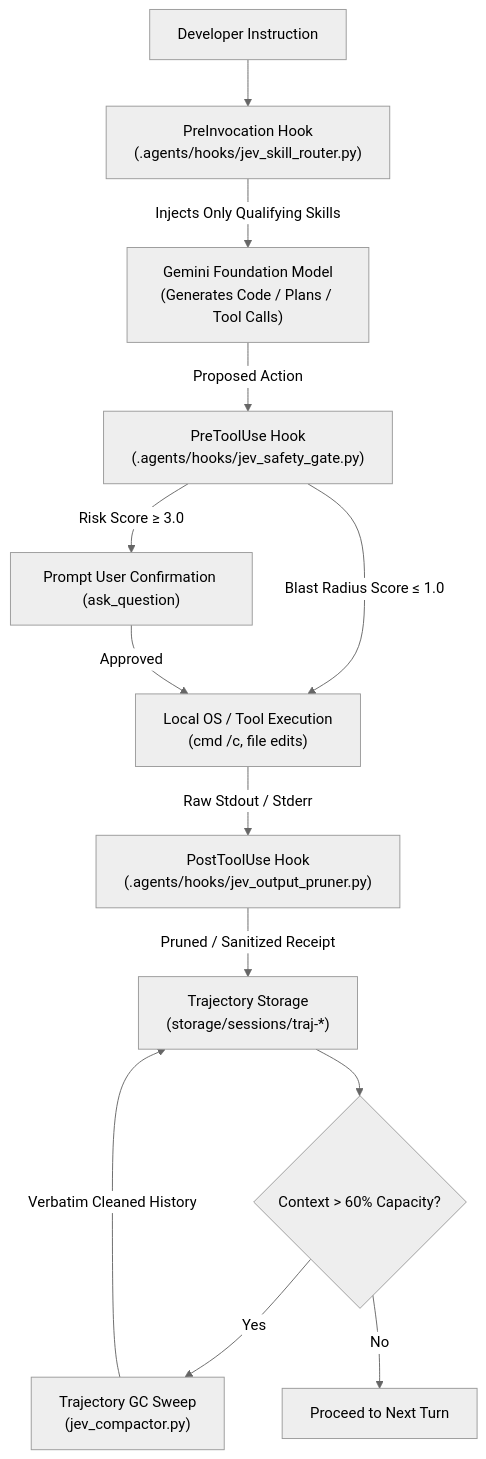
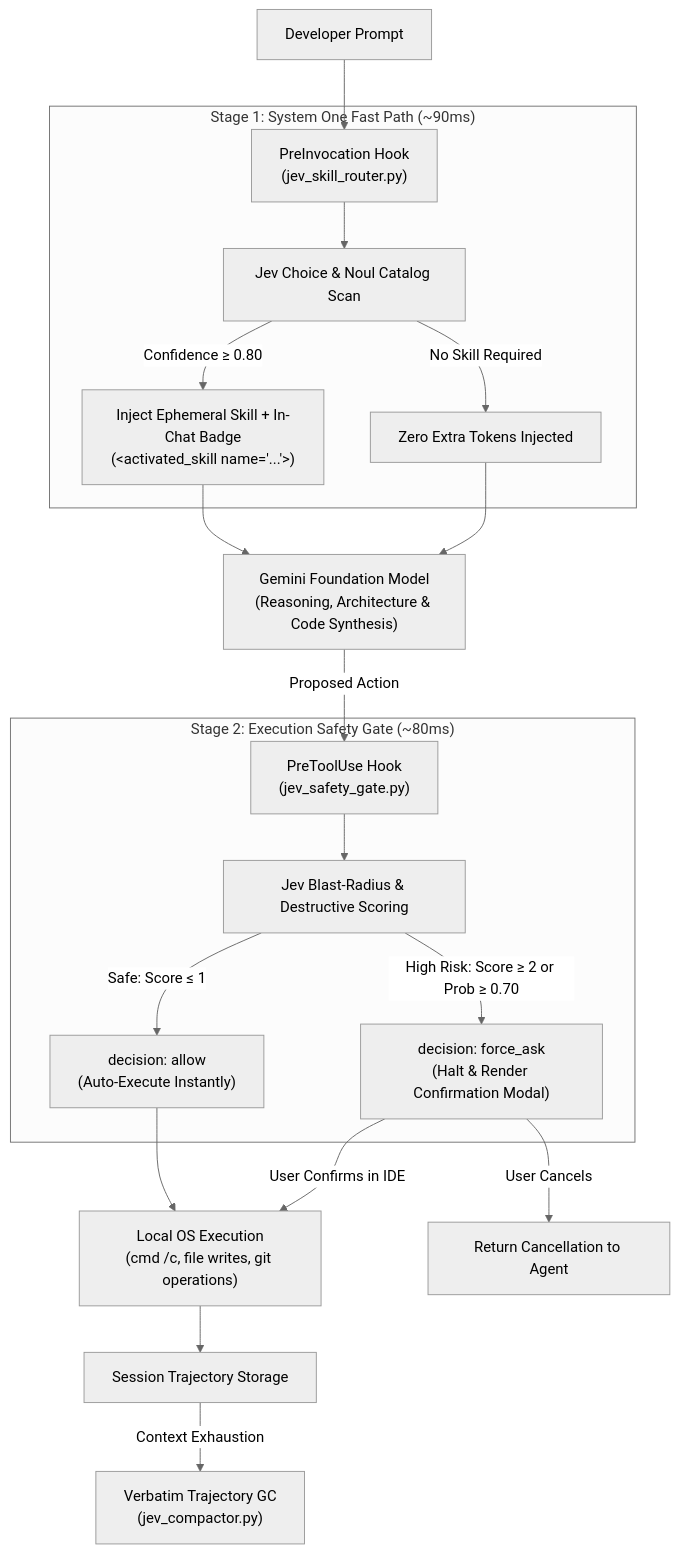
Before and after one commit to Ajasra/jev-hooks: the diagram in README.md, drawn with Mermaid (neutral theme). The commit also changed other lines of this file and 2 other files, not shown here.

Commit message:
docs: overhaul root README into comprehensive public repository guide with live visual proof, architecture, and proposals index

````diff
--- a/README.md
+++ b/README.md
@@ -16,15 +62,28 @@
 ```mermaid
 flowchart TD
-    UserPrompt["Developer Instruction"] --> Hook_PreInv["PreInvocation Hook<br/>(.agents/hooks/jev_skill_router.py)"]
-    Hook_PreInv -->|Injects Only Qualifying Skills| LLM_Turn["Gemini Foundation Model<br/>(Generates Code / Plans / Tool Calls)"]
-    LLM_Turn -->|Proposed Action| Hook_PreTool["PreToolUse Hook<br/>(.agents/hooks/jev_safety_gate.py)"]
-    Hook_PreTool -->|Blast Radius Score ≤ 1.0| Tool_Exec["Local OS / Tool Execution<br/>(cmd /c, file edits)"]
-    Hook_PreTool -->|Risk Score ≥ 3.0| HumanModal["Prompt User Confirmation (ask_question)"]
-    HumanModal -->|Approved| Tool_Exec
-    Tool_Exec -->|Raw Stdout / Stderr| Hook_PostTool["PostToolUse Hook<br/>(.agents/hooks/jev_output_pruner.py)"]
-    Hook_PostTool -->|Pruned / Sanitized Receipt| Storage["Trajectory Storage<br/>(storage/sessions/traj-*)"]
-    Storage --> GC_Trigger{"Context > 60% Capacity?"}
-    GC_Trigger -->|Yes| Jev_GC["Trajectory GC Sweep<br/>(jev_compactor.py)"]
-    Jev_GC -->|Verbatim Cleaned History| Storage
-    GC_Trigger -->|No| NextTurn["Proceed to Next Turn"]
+    UserPrompt["Developer Prompt"] --> Hook_PreInv["PreInvocation Hook<br/>(jev_skill_router.py)"]
+    
+    subgraph S1 ["Stage 1: System One Fast Path (~90ms)"]
+        Hook_PreInv --> JevChoice["Jev Choice & Noul Catalog Scan"]
+        JevChoice -->|Confidence ≥ 0.80| InjectBadge["Inject Ephemeral Skill + In-Chat Badge<br/>(&lt;activated_skill name='...'&gt;)"]
+        JevChoice -->|No Skill Required| CleanPrompt["Zero Extra Tokens Injected"]
+    end
+    
+    InjectBadge --> LLM_Turn["Gemini Foundation Model<br/>(Reasoning, Architecture & Code Synthesis)"]
+    CleanPrompt --> LLM_Turn
+    
+    LLM_Turn -->|Proposed Action| Hook_PreTool["PreToolUse Hook<br/>(jev_safety_gate.py)"]
+    
+    subgraph S2 ["Stage 2: Execution Safety Gate (~80ms)"]
+        Hook_PreTool --> JevBlast["Jev Blast-Radius & Destructive Scoring"]
+        JevBlast -->|Safe: Score ≤ 1| AutoAllow["decision: allow<br/>(Auto-Execute Instantly)"]
+        JevBlast -->|High Risk: Score ≥ 2 or Prob ≥ 0.70| Intercept["decision: force_ask<br/>(Halt & Render Confirmation Modal)"]
+    end
+    
+    AutoAllow --> ToolExec["Local OS Execution<br/>(cmd /c, file writes, git operations)"]
+    Intercept -->|User Confirms in IDE| ToolExec
+    Intercept -->|User Cancels| AbortAction["Return Cancellation to Agent"]
+    
+    ToolExec --> SessionStore["Session Trajectory Storage"]
+    SessionStore -->|Context Exhaustion| JevCompactor["Verbatim Trajectory GC<br/>(jev_compactor.py)"]
 ```
````
